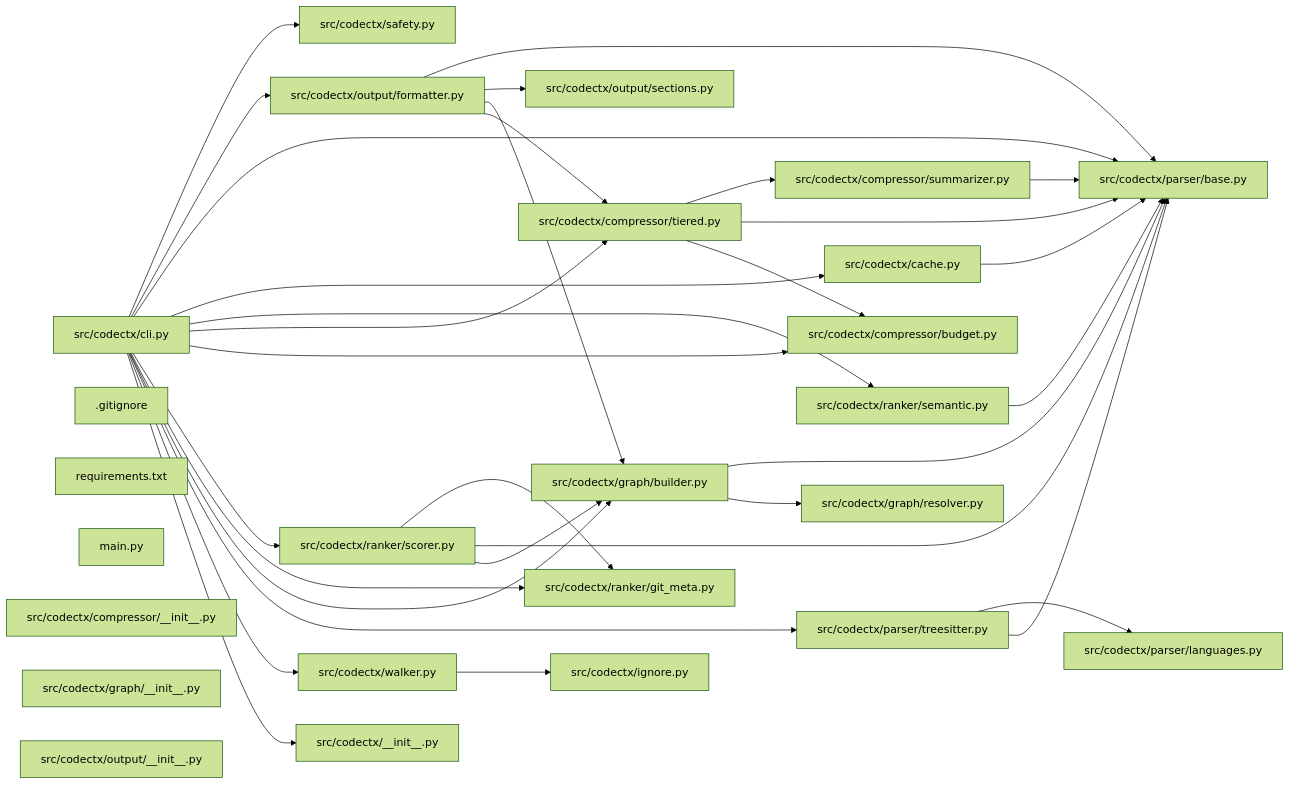
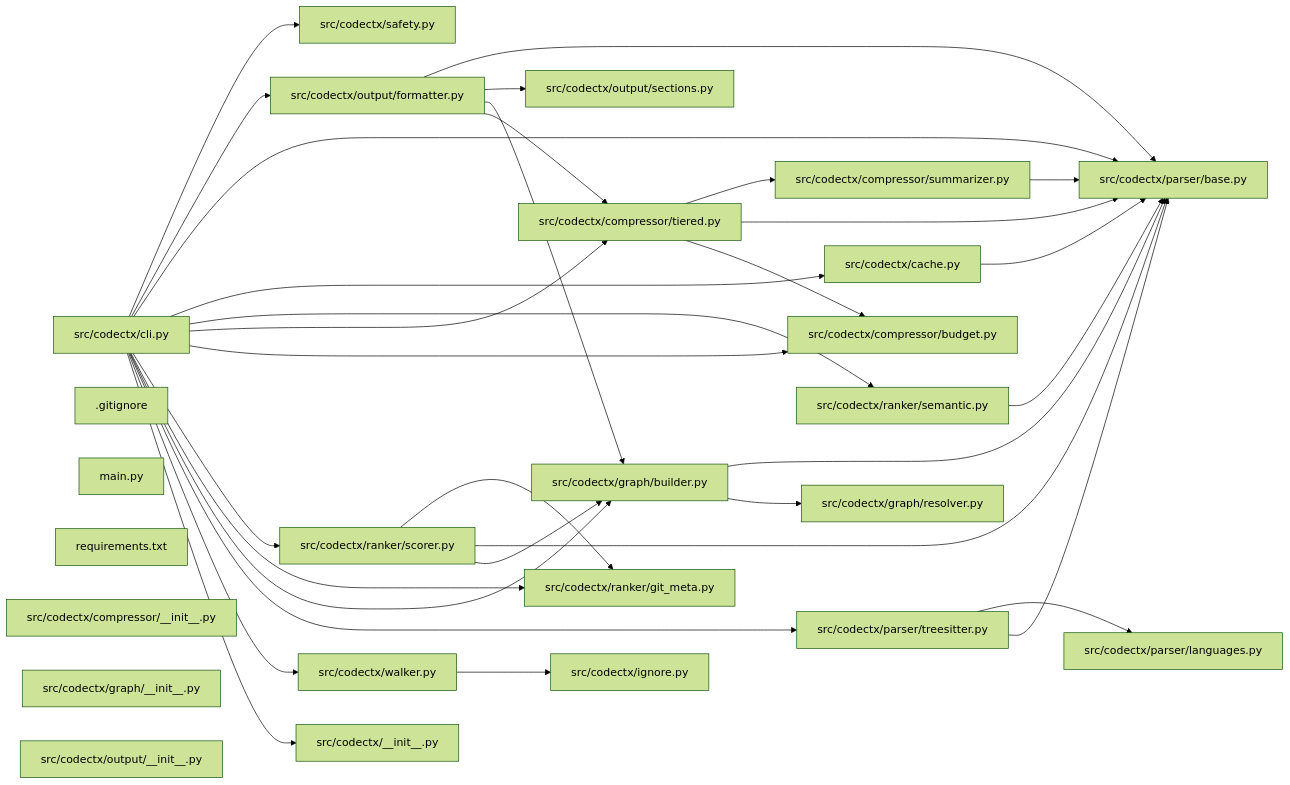
Before and after one commit to hey-granth/codectx: the diagram in CONTEXT.md, drawn with Mermaid (forest theme). The commit also changed other lines of this file and 8 other files, not shown here.

````diff
--- a/CONTEXT.md
+++ b/CONTEXT.md
@@ -836,59 +924,59 @@
 ```mermaid
 graph LR
     f0["src/codectx/cli.py"]
     f1["src/codectx/parser/base.py"]
     f2["src/codectx/compressor/tiered.py"]
     f3["src/codectx/output/formatter.py"]
     f4["src/codectx/parser/treesitter.py"]
-    f5["src/codectx/ranker/scorer.py"]
-    f6["src/codectx/graph/builder.py"]
+    f5["src/codectx/graph/builder.py"]
+    f6["src/codectx/ranker/scorer.py"]
     f7["src/codectx/ranker/git_meta.py"]
     f8["src/codectx/ranker/semantic.py"]
     f9["src/codectx/walker.py"]
-    f10["src/codectx/graph/resolver.py"]
-    f11["src/codectx/cache.py"]
+    f10["src/codectx/cache.py"]
+    f11["src/codectx/graph/resolver.py"]
     f12["src/codectx/output/sections.py"]
-    f13[".gitignore"]
+    f13["src/codectx/parser/languages.py"]
     f14["src/codectx/compressor/budget.py"]
-    f15["requirements.txt"]
+    f15[".gitignore"]
     f16["src/codectx/compressor/summarizer.py"]
-    f17["src/codectx/parser/languages.py"]
-    f18["main.py"]
-    f19["src/codectx/ignore.py"]
-    f20["src/codectx/__init__.py"]
-    f21["src/codectx/safety.py"]
+    f17["main.py"]
+    f18["src/codectx/ignore.py"]
+    f19["src/codectx/__init__.py"]
+    f20["src/codectx/safety.py"]
+    f21["requirements.txt"]
     f22["src/codectx/compressor/__init__.py"]
     f23["src/codectx/graph/__init__.py"]
     f24["src/codectx/output/__init__.py"]
-    f0 --> f21
+    f0 --> f20
     f0 --> f3
     f0 --> f1
-    f0 --> f11
+    f0 --> f10
     f0 --> f8
     f0 --> f2
     f0 --> f14
+    f0 --> f6
+    f0 --> f7
     f0 --> f5
-    f0 --> f7
-    f0 --> f6
     f0 --> f4
     f0 --> f9
-    f0 --> f20
+    f0 --> f19
     f2 --> f16
     f2 --> f1
     f2 --> f14
     f3 --> f1
     f3 --> f12
-    f3 --> f6
+    f3 --> f5
     f3 --> f2
-    f4 --> f17
+    f4 --> f13
     f4 --> f1
-    f5 --> f7
     f5 --> f1
-    f5 --> f6
+    f5 --> f11
+    f6 --> f7
     f6 --> f1
-    f6 --> f10
+    f6 --> f5
     f8 --> f1
-    f9 --> f19
-    f11 --> f1
+    f9 --> f18
+    f10 --> f1
     f16 --> f1
 ```
````
